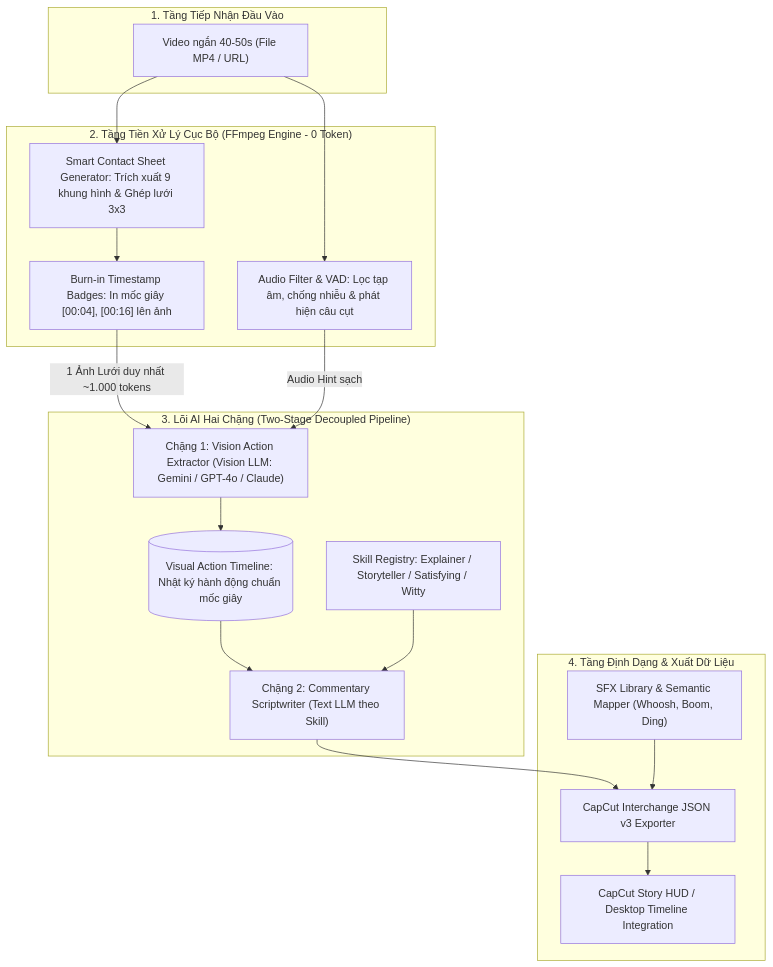
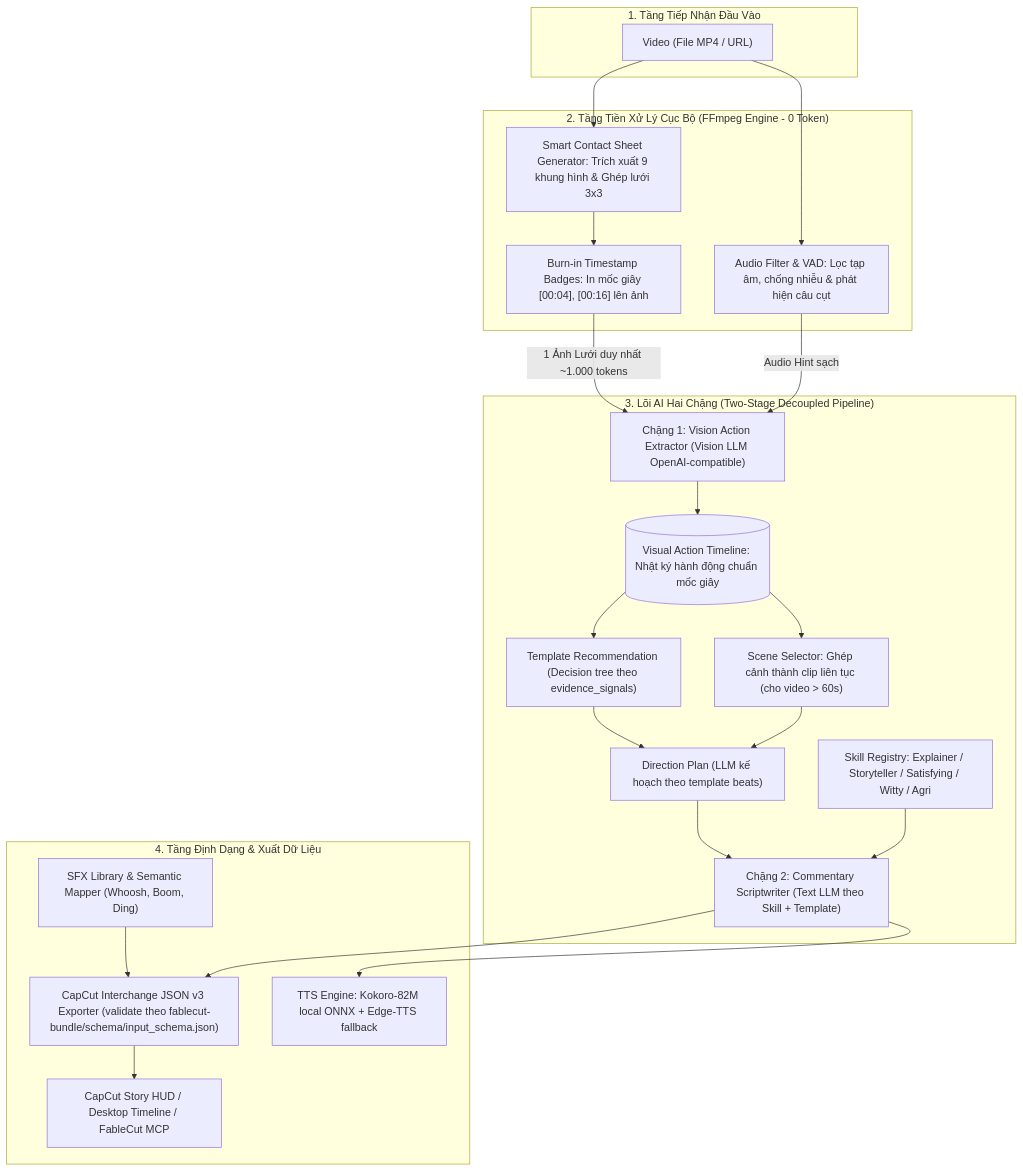
The diagram in docs/design/00_overview_and_architecture.md (etximake/FableCut-Studio), drawn with Mermaid before and after one commit. The commit also changed other lines of this file and 17 other files, not shown here.

````diff
--- a/docs/design/00_overview_and_architecture.md
+++ b/docs/design/00_overview_and_architecture.md
@@ -16,37 +17,46 @@
 ```mermaid
 flowchart TB
     subgraph InputLayer ["1. Tầng Tiếp Nhận Đầu Vào"]
-        RawVideo["Video ngắn 40-50s (File MP4 / URL)"]
+        RawVideo["Video (File MP4 / URL)"]
     end
 
     subgraph LocalPreprocessor ["2. Tầng Tiền Xử Lý Cục Bộ (FFmpeg Engine - 0 Token)"]
         FFmpegGrid["Smart Contact Sheet Generator: Trích xuất 9 khung hình & Ghép lưới 3x3"]
         TimestampBurner["Burn-in Timestamp Badges: In mốc giây [00:04], [00:16] lên ảnh"]
         AudioExtractor["Audio Filter & VAD: Lọc tạp âm, chống nhiễu & phát hiện câu cụt"]
     end
 
     subgraph TwoStageAI ["3. Lõi AI Hai Chặng (Two-Stage Decoupled Pipeline)"]
-        Stage1["Chặng 1: Vision Action Extractor (Vision LLM: Gemini / GPT-4o / Claude)"]
+        Stage1["Chặng 1: Vision Action Extractor (Vision LLM OpenAI-compatible)"]
         VisualTimeline[("Visual Action Timeline: Nhật ký hành động chuẩn mốc giây")]
-        Stage2["Chặng 2: Commentary Scriptwriter (Text LLM theo Skill)"]
-        SkillRegistry["Skill Registry: Explainer / Storyteller / Satisfying / Witty"]
+        TemplateRec["Template Recommendation (Decision tree theo evidence_signals)"]
+        SceneSel["Scene Selector: Ghép cảnh thành clip liên tục (cho video > 60s)"]
+        Direction["Direction Plan (LLM kế hoạch theo template beats)"]
+        Stage2["Chặng 2: Commentary Scriptwriter (Text LLM theo Skill + Template)"]
+        SkillRegistry["Skill Registry: Explainer / Storyteller / Satisfying / Witty / Agri"]
     end
 
     subgraph OutputLayer ["4. Tầng Định Dạng & Xuất Dữ Liệu"]
-        CapCutExporter["CapCut Interchange JSON v3 Exporter"]
+        CapCutExporter["CapCut Interchange JSON v3 Exporter (validate theo fablecut-bundle/schema/input_schema.json)"]
+        TTSEngine["TTS Engine: Kokoro-82M local ONNX + Edge-TTS fallback"]
         SFXMapper["SFX Library & Semantic Mapper (Whoosh, Boom, Ding)"]
-        CapCutHUD["CapCut Story HUD / Desktop Timeline Integration"]
+        CapCutHUD["CapCut Story HUD / Desktop Timeline / FableCut MCP"]
     end
 
     RawVideo --> FFmpegGrid
     RawVideo --> AudioExtractor
     FFmpegGrid --> TimestampBurner
     TimestampBurner -->|1 Ảnh Lưới duy nhất ~1.000 tokens| Stage1
     AudioExtractor -->|Audio Hint sạch| Stage1
     Stage1 --> VisualTimeline
-    VisualTimeline --> Stage2
+    VisualTimeline --> TemplateRec
+    VisualTimeline --> SceneSel
+    SceneSel --> Direction
+    TemplateRec --> Direction
+    Direction --> Stage2
     SkillRegistry --> Stage2
     Stage2 --> CapCutExporter
+    Stage2 --> TTSEngine
     SFXMapper --> CapCutExporter
     CapCutExporter --> CapCutHUD
 ```
````
